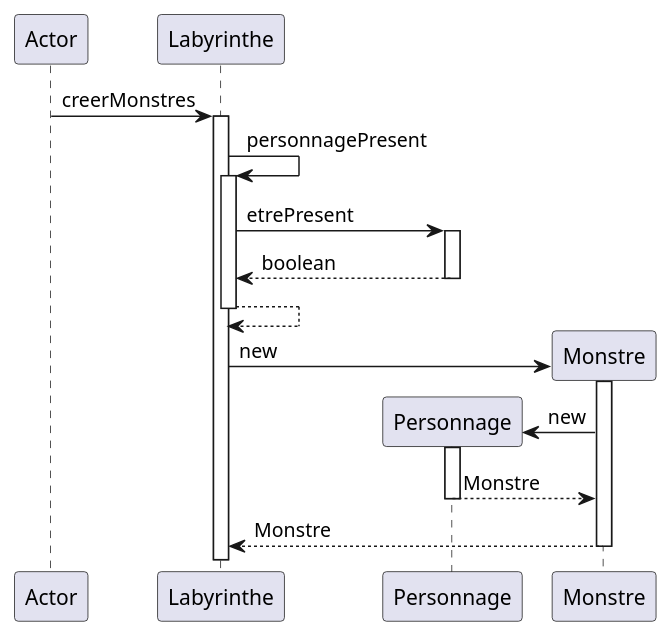
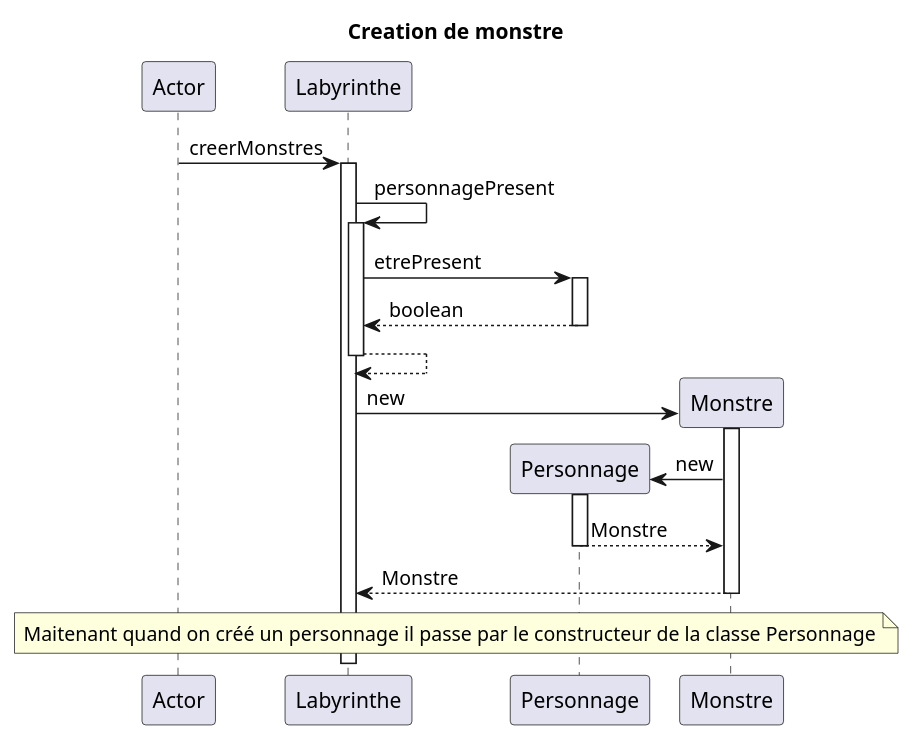
Before and after one commit to LukaSalvo/SAE2024: the diagram in zeldiablo/documents/version_3/diagseq_creerMonstres.puml, drawn with PlantUML. The commit also changed 6 other files, not shown here.

```diff
--- a/zeldiablo/documents/version_3/diagseq_creerMonstres.puml
+++ b/zeldiablo/documents/version_3/diagseq_creerMonstres.puml
@@ -1,25 +1,28 @@
 @startuml
 participant Actor
+title : Creation de monstre
 Actor -> Labyrinthe : creerMonstres
 activate Labyrinthe
 Labyrinthe -> Labyrinthe : personnagePresent
 activate Labyrinthe
 Labyrinthe -> Personnage : etrePresent
 activate Personnage
 Personnage --> Labyrinthe:boolean
 deactivate Personnage
 deactivate Personnage
 Labyrinthe --> Labyrinthe
 deactivate Labyrinthe
 create Monstre
 Labyrinthe -> Monstre : new
 activate Monstre
 create Personnage
 Monstre -> Personnage : new
 activate Personnage
 Personnage --> Monstre: Monstre
 deactivate Personnage
 Monstre --> Labyrinthe:Monstre
 deactivate Monstre
-
+note across
+Maitenant quand on créé un personnage il passe par le constructeur de la classe Personnage
+end note
 @enduml
```
